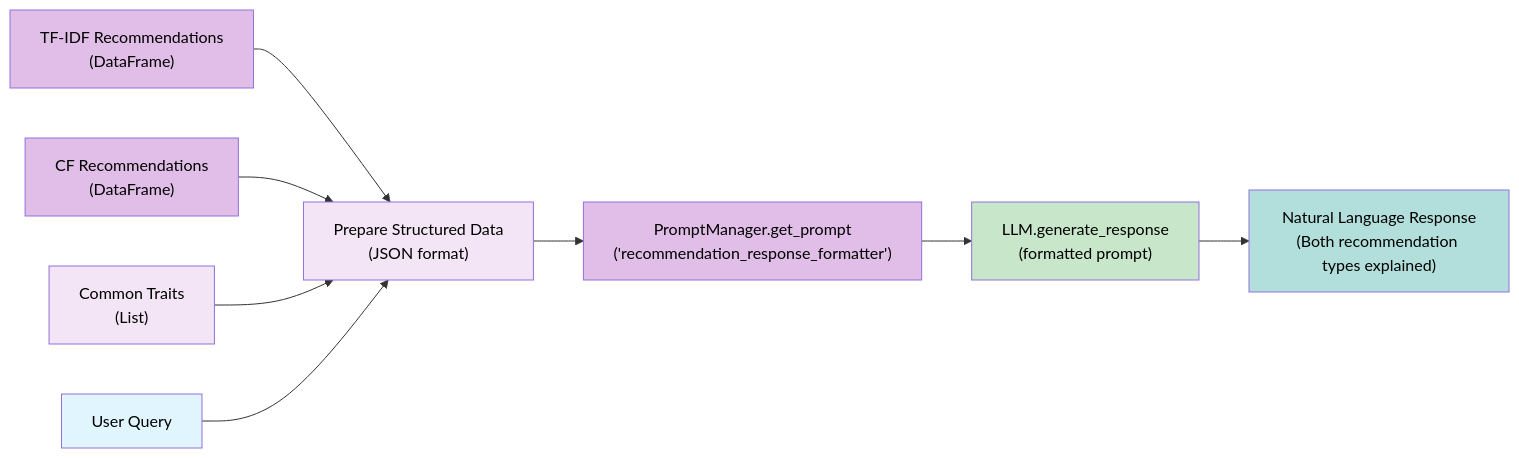
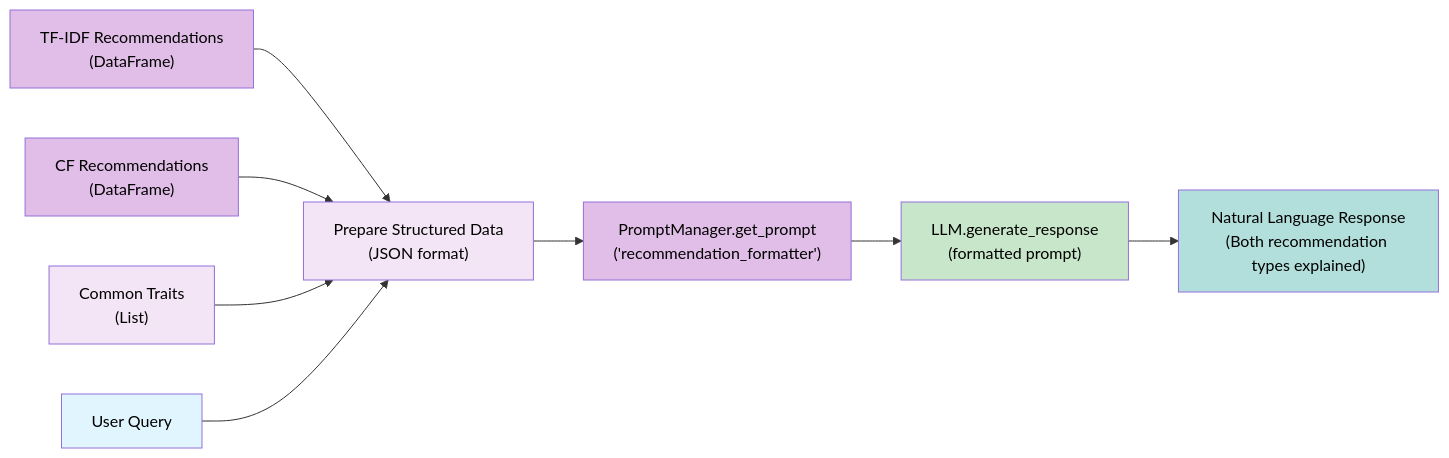
The eighth of 8 diagrams in README.md (schneialexan/atai-chatbot), drawn with Mermaid before and after one commit. The commit also changed other lines of this file and 6 other files, not shown here.

````diff
--- a/README.md
+++ b/README.md
@@ -434,20 +522,20 @@
 ```mermaid
 graph LR
     A["TF-IDF Recommendations<br>(DataFrame)"] --> C["Prepare Structured Data<br>(JSON format)"]
     B["CF Recommendations<br>(DataFrame)"] --> C
     D["Common Traits<br>(List)"] --> C
     E["User Query"] --> C
     
-    C --> F["PromptManager.get_prompt<br>('recommendation_response_formatter')"]
+    C --> F["PromptManager.get_prompt<br>('recommendation_formatter')"]
     F --> G["LLM.generate_response<br>(formatted prompt)"]
     G --> H["Natural Language Response<br>(Both recommendation types explained)"]
     
     style A fill:#e1bee7,color:#000000
     style B fill:#e1bee7,color:#000000
     style D fill:#f3e5f5,color:#000000
     style E fill:#e1f5fe,color:#000000
     style C fill:#f3e5f5,color:#000000
     style F fill:#e1bee7,color:#000000
     style G fill:#c8e6c9,color:#000000
     style H fill:#b2dfdb,color:#000000
 ```
````
